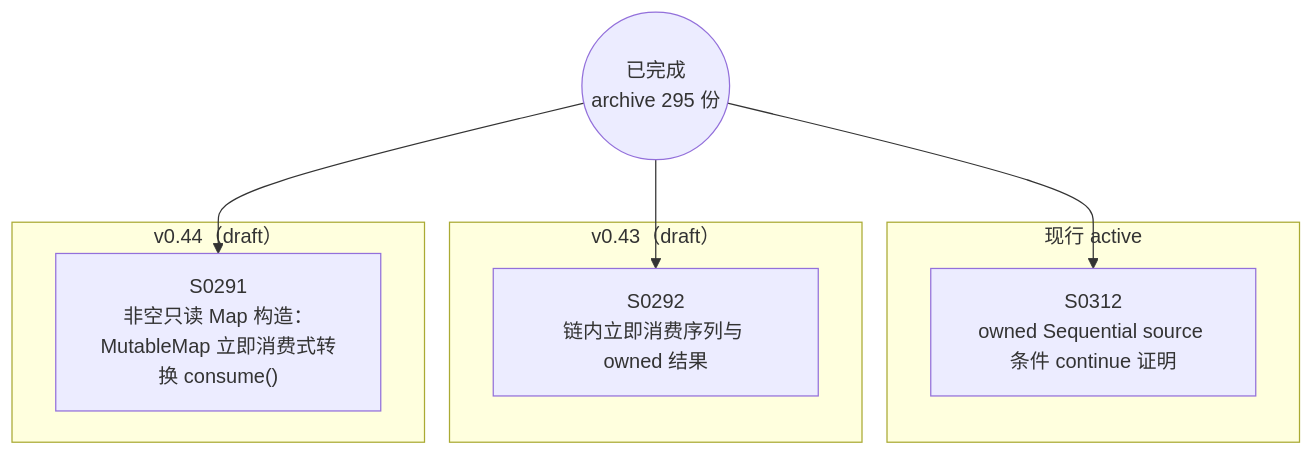
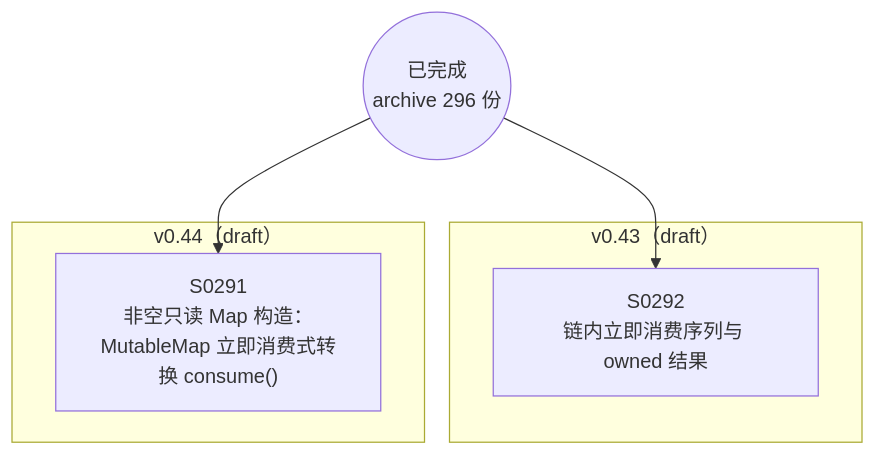
One commit to Halckon/Koven changed the diagram in docs/specs/dependency-graph.md. Above: the diagram before and after it, drawn with Mermaid. The commit also changed other lines of this file and 10 other files, not shown here.

````diff
--- a/docs/specs/dependency-graph.md
+++ b/docs/specs/dependency-graph.md
@@ -9,16 +9,12 @@
 ```mermaid
 flowchart TD
-ARCH(("已完成<br/>archive 295 份"))
-subgraph Gactive["现行 active"]
-  S0312["S0312<br/>owned Sequential source 条件 continue 证明"]
-end
+ARCH(("已完成<br/>archive 296 份"))
 subgraph Gdrafts_v043["v0.43（draft）"]
   S0292["S0292<br/>链内立即消费序列与 owned 结果"]
 end
 subgraph Gdrafts_v044["v0.44（draft）"]
   S0291["S0291<br/>非空只读 Map 构造：MutableMap 立即消费式转换 consume()"]
 end
 ARCH --> S0291
 ARCH --> S0292
-ARCH --> S0312
 ```
````
